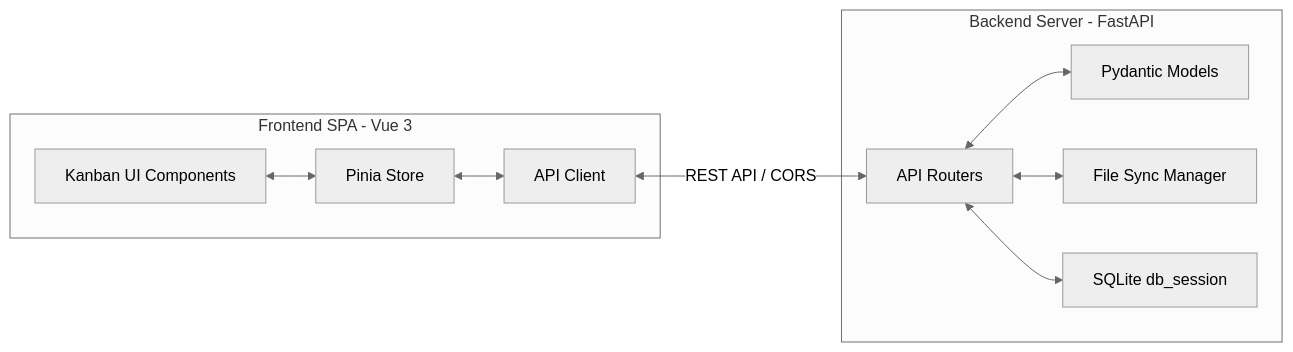
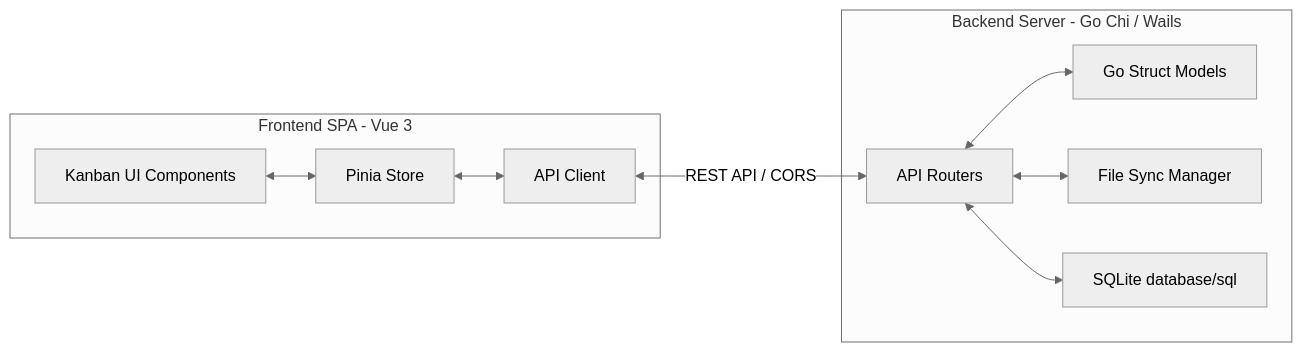
The third of 4 diagrams in docs/developer/architecture.md (simon123h/Jotter), drawn with Mermaid (neutral theme) before and after one commit. The commit also changed other lines of this file and 24 other files, not shown here.

````diff
--- a/docs/developer/architecture.md
+++ b/docs/developer/architecture.md
@@ -66,15 +66,15 @@
 ```mermaid
 flowchart LR
     subgraph Frontend [Frontend SPA - Vue 3]
         UI[Kanban UI Components] <--> Store[Pinia Store]
         Store <--> Client[API Client]
     end
 
-    subgraph Backend [Backend Server - FastAPI]
-        Router[API Routers] <--> Models[Pydantic Models]
+    subgraph Backend [Backend Server - Go Chi / Wails]
+        Router[API Routers] <--> Models[Go Struct Models]
         Router <--> Storage[File Sync Manager]
-        Router <--> Database[SQLite db_session]
+        Router <--> Database[SQLite database/sql]
     end
 
     Client <-->|REST API / CORS| Router
 ```
````
